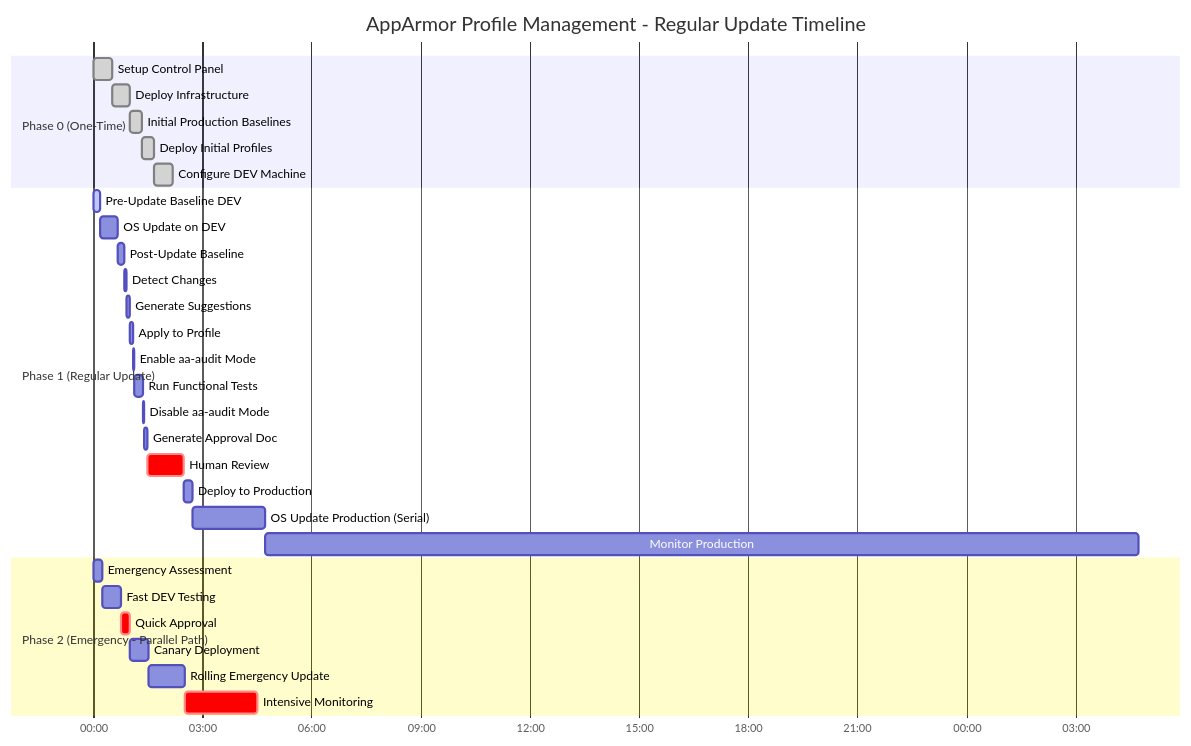
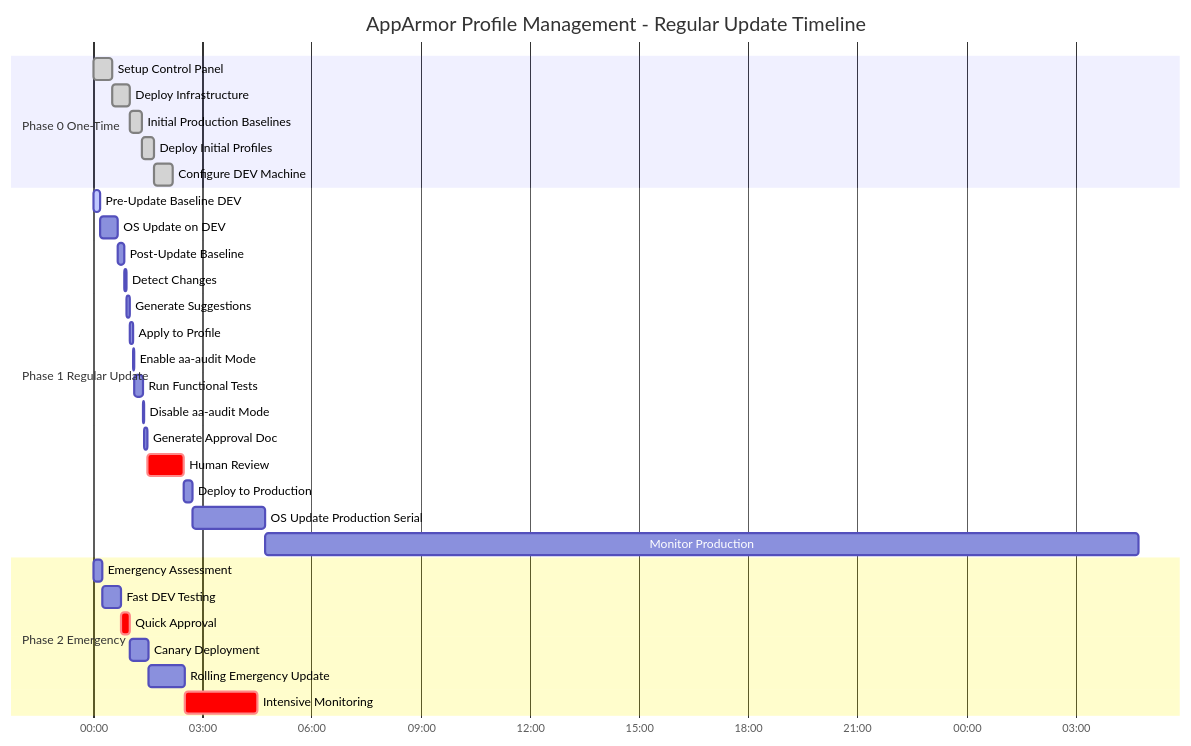
One commit to jimmyloi1025/apparmor_automation changed diagram 16 of 16 in COMPLETE_WORKFLOW.md. Above: the diagram before and after it, drawn with Mermaid. The commit also changed other lines of this file, not shown here.

````diff
--- a/COMPLETE_WORKFLOW.md
+++ b/COMPLETE_WORKFLOW.md
@@ -2114,37 +1929,37 @@
 ```mermaid
 gantt
     title AppArmor Profile Management - Regular Update Timeline
-    dateFormat  HH:mm
+    dateFormat HH:mm
     axisFormat %H:%M
     
-    section Phase 0 (One-Time)
+    section Phase 0 One-Time
     Setup Control Panel           :done, setup, 00:00, 30m
     Deploy Infrastructure         :done, deploy, after setup, 30m
     Initial Production Baselines  :done, initbase, after deploy, 20m
     Deploy Initial Profiles       :done, initprof, after initbase, 20m
     Configure DEV Machine         :done, devsetup, after initprof, 30m
     
-    section Phase 1 (Regular Update)
+    section Phase 1 Regular Update
     Pre-Update Baseline DEV       :active, prebase, 00:00, 10m
     OS Update on DEV              :osupdate, after prebase, 30m
     Post-Update Baseline          :postbase, after osupdate, 10m
     Detect Changes                :detect, after postbase, 5m
     Generate Suggestions          :suggest, after detect, 5m
     Apply to Profile              :apply, after suggest, 5m
     Enable aa-audit Mode          :audit, after apply, 2m
     Run Functional Tests          :test, after audit, 15m
     Disable aa-audit Mode         :enforce, after test, 2m
     Generate Approval Doc         :approval, after enforce, 5m
     Human Review                  :crit, review, after approval, 1h
     Deploy to Production          :prod, after review, 15m
-    OS Update Production (Serial) :produpdate, after prod, 2h
+    OS Update Production Serial   :produpdate, after prod, 2h
     Monitor Production            :monitor, after produpdate, 24h
     
-    section Phase 2 (Emergency - Parallel Path)
+    section Phase 2 Emergency
     Emergency Assessment          :emerg1, 00:00, 15m
     Fast DEV Testing              :emerg2, after emerg1, 30m
     Quick Approval                :crit, emerg3, after emerg2, 15m
     Canary Deployment             :emerg4, after emerg3, 30m
     Rolling Emergency Update      :emerg5, after emerg4, 1h
     Intensive Monitoring          :crit, emerg6, after emerg5, 2h
 ```
````
